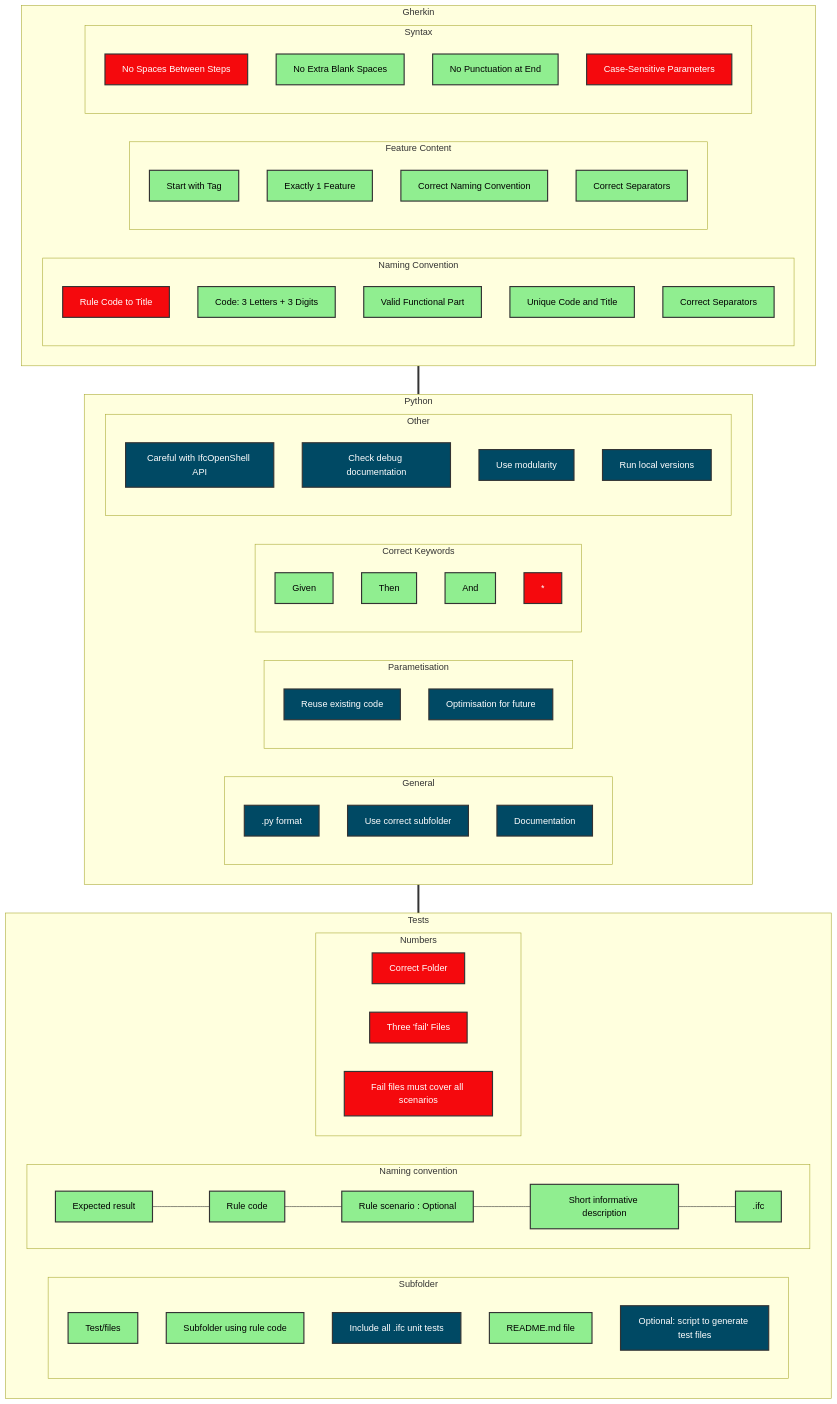
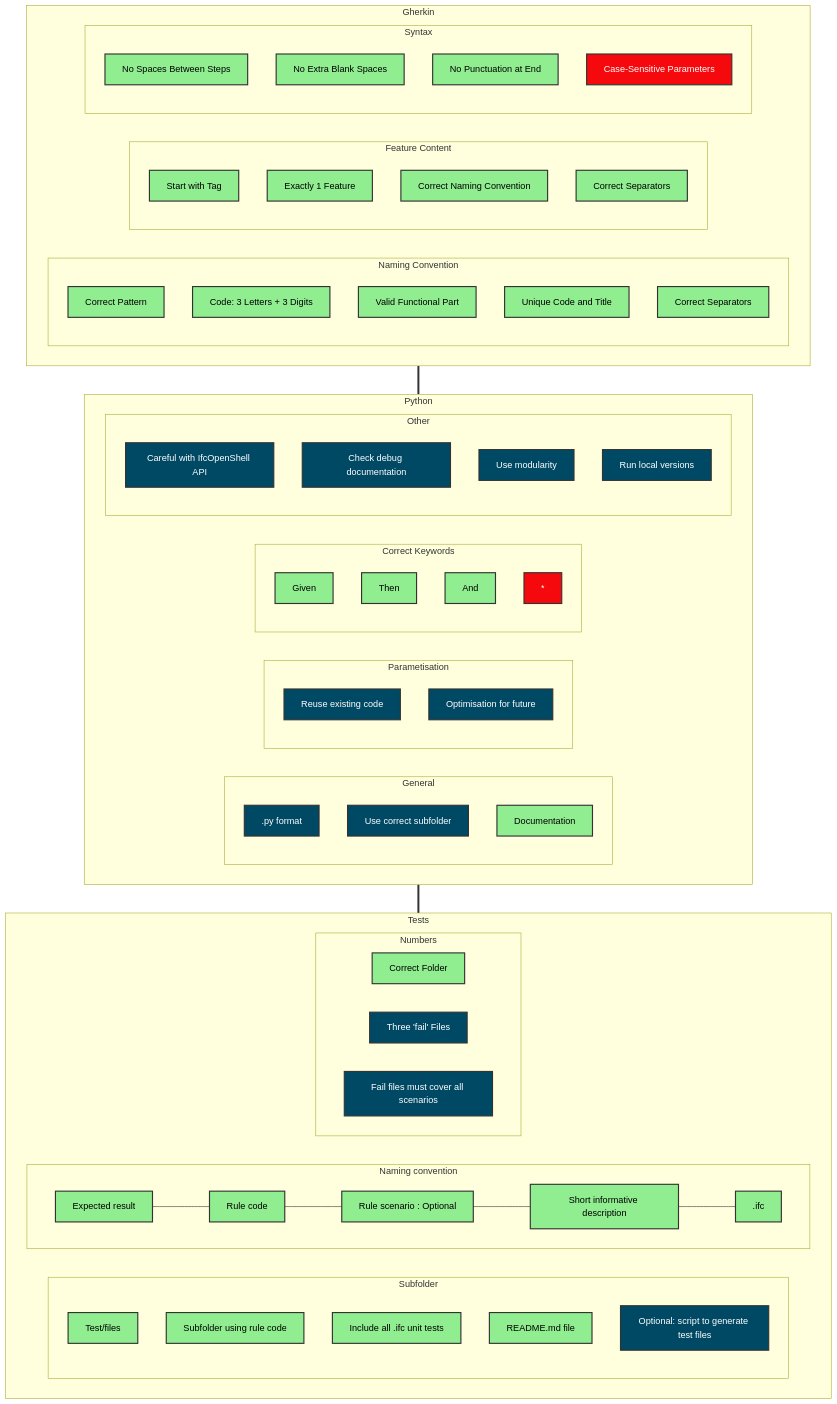
One commit to buildingSMART/ifc-gherkin-rules changed the second of 2 diagrams in test/rule_creation_protocol/README.md. Above: the diagram before and after it, drawn with Mermaid.

Commit message:
update markdown file

````diff
--- a/test/rule_creation_protocol/README.md
+++ b/test/rule_creation_protocol/README.md
@@ -115,81 +115,81 @@
 ```mermaid
 graph TB
     classDef green fill:#90EE90,stroke:#333,stroke-width:2px, color:black;
     classDef red fill:#F5090D,stroke:#333,stroke-width:2px, color:white;
     classDef blue fill:#004964,stroke:#333,stroke-width:2px, color:white;
     subgraph Gherkin
         subgraph Naming Convention
-            A[Rule Code to Title]:::red
+            A[Correct Pattern]:::green
             B[Code: 3 Letters + 3 Digits]:::green
             C[Valid Functional Part]:::green
             D[Unique Code and Title]:::green
             E[Correct Separators]:::green
         end
         subgraph Feature Content
             F[Start with Tag]:::green
             G[Exactly 1 Feature]:::green
             H[Correct Naming Convention]:::green
             I[Correct Separators]:::green
         end
         subgraph Syntax
-            J[No Spaces Between Steps]:::red
+            J[No Spaces Between Steps]:::green
             K[No Extra Blank Spaces]:::green
             L[No Punctuation at End]:::green
             M[Case-Sensitive Parameters]:::red
         end
     end
     subgraph Python
         subgraph General
             BB[.py format]:::blue
             BC[Use correct subfolder]:::blue
-            BCA[Documentation]:::blue
+            BCA[Documentation]:::green
         end
         subgraph Parametisation
             BD[Reuse existing code]:::blue
             BE[Optimisation for future]:::blue
         end
         subgraph Correct Keywords
             BF[Given]:::green
             BG[Then]:::green
             BH[And]:::green
             BI[*]:::red
         end
         subgraph Other
             BJ[Careful with IfcOpenShell API]:::blue
             BK[Check debug documentation]:::blue
             BAA[Use modularity]:::blue
             BAB[Run local versions]:::blue
         end
     end
     subgraph Tests
         subgraph Subfolder
             CA[Test/files]:::green
             CB[Subfolder using rule code]:::green
-            CH[Include all .ifc unit tests]:::blue
+            CH[Include all .ifc unit tests]:::green
             CI[README.md file]:::green
             CJ[Optional: script to generate test files]:::blue
         end
         subgraph Naming convention
             direction RL
             CG[.ifc]:::green
             CF[Short informative description]:::green
             CE[Rule scenario : Optional]:::green
             CD[Rule code]:::green
             CC[Expected result]:::green
         end
         subgraph Numbers
             direction RL
-            CZ[At least 1 pass file]:::red
-            CX[At least 3 fail files]:::red
-            CR[Fail files must cover all scenarios]:::red
+            CZ[At least 1 pass file]:::green
+            CX[At least 3 fail files]:::blue
+            CR[Fail files must cover all scenarios]:::blue
         end
         CG --- CF
         CF --- CE
         CE --- CD
         CD --- CC
         CZ[Correct Folder]
         CX[Three 'fail' Files]
     end
     Gherkin === Python
     Python === Tests
 ```
````
